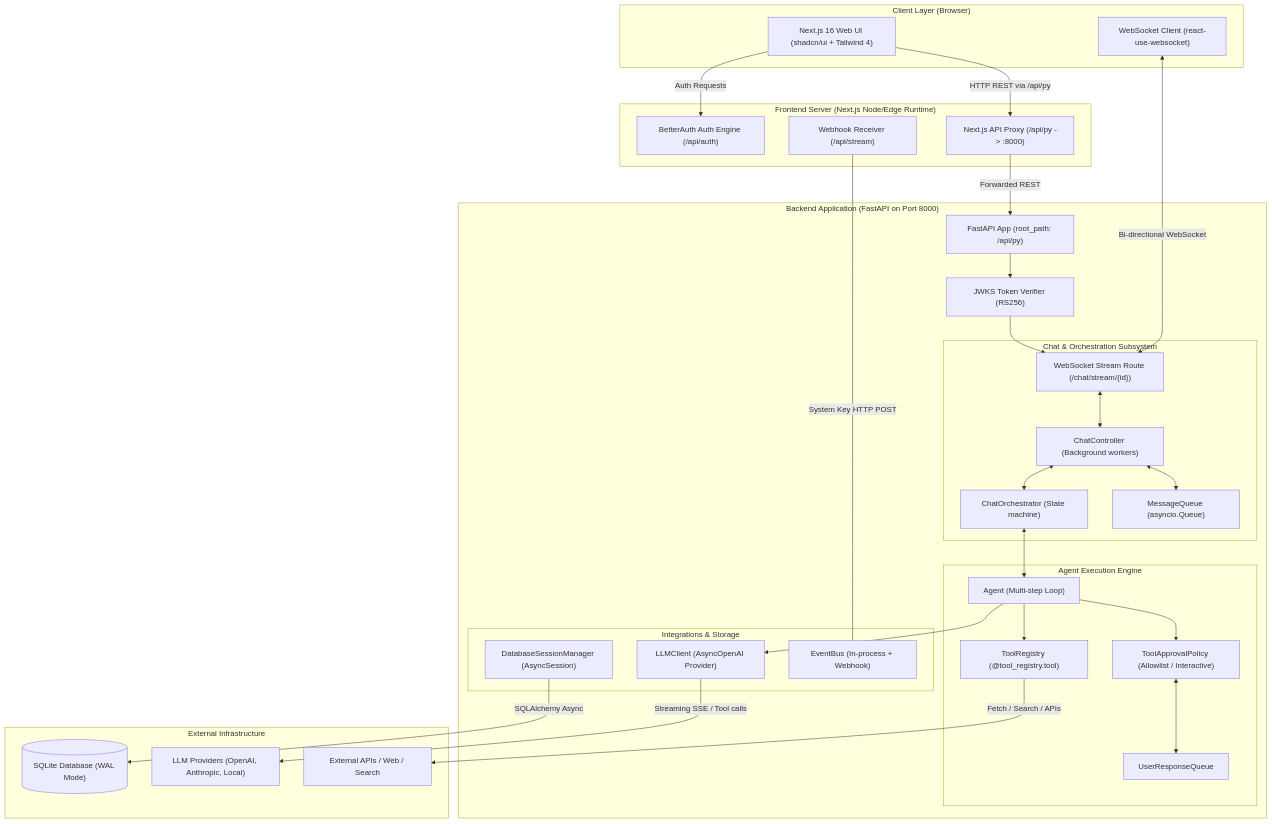
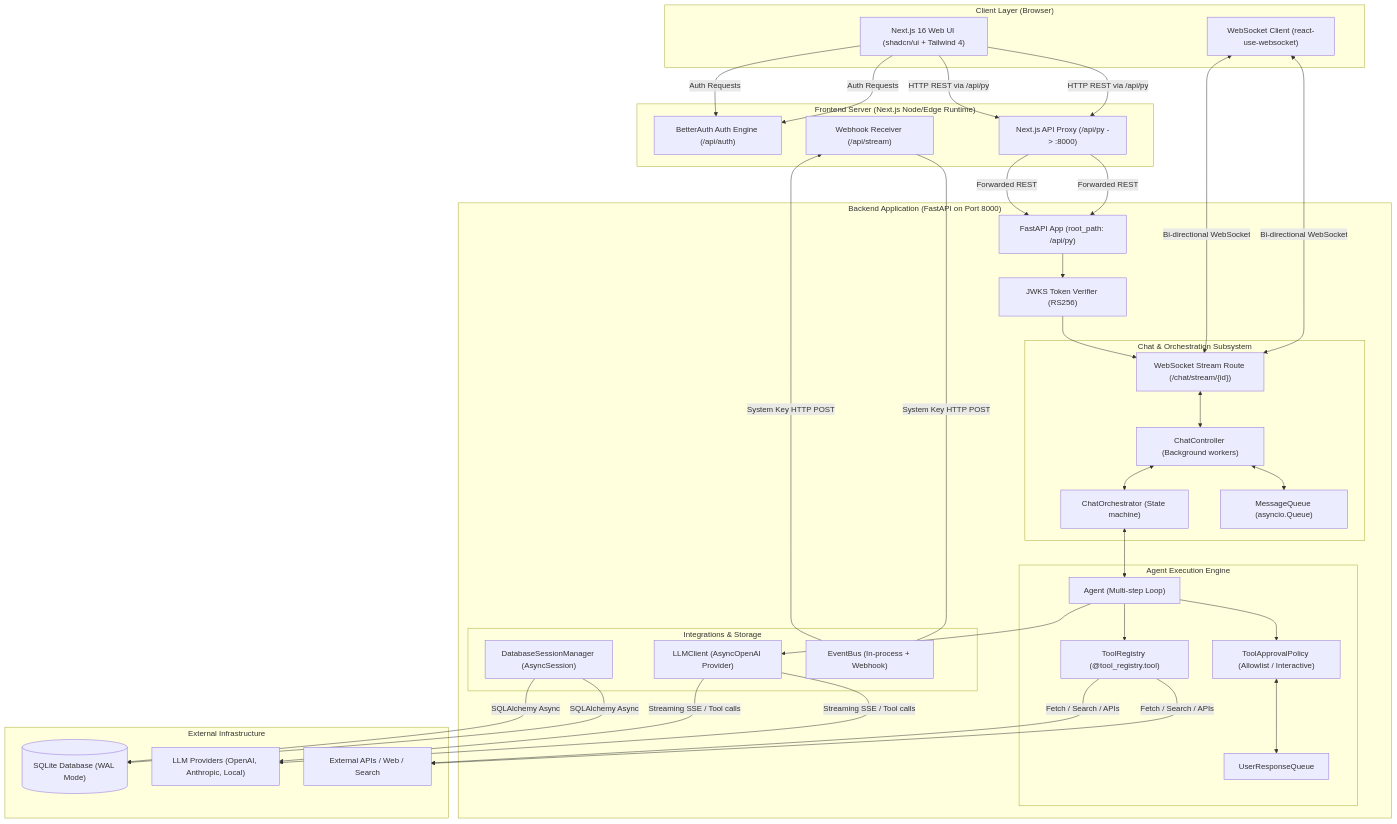
The diagram in architecture/README.md (dbracewell/Asterism), drawn with Mermaid before and after one commit. The commit also changed 3 other files, not shown here.

````diff
--- a/architecture/README.md
+++ b/architecture/README.md
@@ -24,65 +24,73 @@
 ```mermaid
 flowchart TD
     subgraph ClientLayer["Client Layer (Browser)"]
         BrowserUI["Next.js 16 Web UI (shadcn/ui + Tailwind 4)"]
         WSClient["WebSocket Client (react-use-websocket)"]
     end
 
     subgraph FrontendServer["Frontend Server (Next.js Node/Edge Runtime)"]
         NextAuth["BetterAuth Auth Engine (/api/auth)"]
         NextProxy["Next.js API Proxy (/api/py -> :8000)"]
         StreamWebhook["Webhook Receiver (/api/stream)"]
     end
 
     subgraph BackendServer["Backend Application (FastAPI on Port 8000)"]
         FastAPIApp["FastAPI App (root_path: /api/py)"]
         SecurityMiddleware["JWKS Token Verifier (RS256)"]
 
         subgraph ChatSubsystem["Chat & Orchestration Subsystem"]
             WSRouter["WebSocket Stream Route (/chat/stream/{id})"]
             Controller["ChatController (Background workers)"]
             Orchestrator["ChatOrchestrator (State machine)"]
             MsgQueue["MessageQueue (asyncio.Queue)"]
         end
 
         subgraph AgentEngine["Agent Execution Engine"]
             AgentCore["Agent (Multi-step Loop)"]
             ApprovalPolicy["ToolApprovalPolicy (Allowlist / Interactive)"]
             UserQueue["UserResponseQueue"]
             ToolReg["ToolRegistry (@tool_registry.tool)"]
         end
 
         subgraph IntegrationLayer["Integrations & Storage"]
             LLMClient["LLMClient (AsyncOpenAI Provider)"]
             DBMgr["DatabaseSessionManager (AsyncSession)"]
             EventBusCore["EventBus (In-process + Webhook)"]
         end
     end
 
     subgraph ExternalServices["External Infrastructure"]
         SQLiteDB[("SQLite Database (WAL Mode)")]
         LLMProviders["LLM Providers (OpenAI, Anthropic, Local)"]
         WebServices["External APIs / Web / Search"]
     end
 
     BrowserUI -->|HTTP REST via /api/py| NextProxy
     BrowserUI -->|Auth Requests| NextAuth
     WSClient <-->|Bi-directional WebSocket| WSRouter
     NextProxy -->|Forwarded REST| FastAPIApp
     StreamWebhook <---|System Key HTTP POST| EventBusCore
+    BrowserUI -->|"HTTP REST via /api/py"| NextProxy
+    BrowserUI -->|"Auth Requests"| NextAuth
+    WSClient <-->|"Bi-directional WebSocket"| WSRouter
+    NextProxy -->|"Forwarded REST"| FastAPIApp
+    EventBusCore -->|"System Key HTTP POST"| StreamWebhook
 
     FastAPIApp --> SecurityMiddleware
     SecurityMiddleware --> WSRouter
     WSRouter <--> Controller
     Controller <--> MsgQueue
     Controller <--> Orchestrator
     Orchestrator <--> AgentCore
     AgentCore --> ApprovalPolicy
     ApprovalPolicy <--> UserQueue
     AgentCore --> ToolReg
     AgentCore --> LLMClient
 
     LLMClient -->|Streaming SSE / Tool calls| LLMProviders
     ToolReg -->|Fetch / Search / APIs| WebServices
     DBMgr -->|SQLAlchemy Async| SQLiteDB
+    LLMClient -->|"Streaming SSE / Tool calls"| LLMProviders
+    ToolReg -->|"Fetch / Search / APIs"| WebServices
+    DBMgr -->|"SQLAlchemy Async"| SQLiteDB
 ```
````
